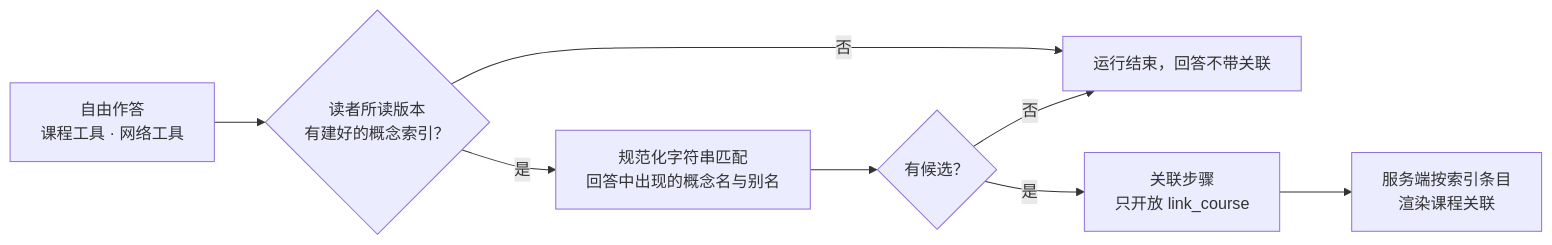
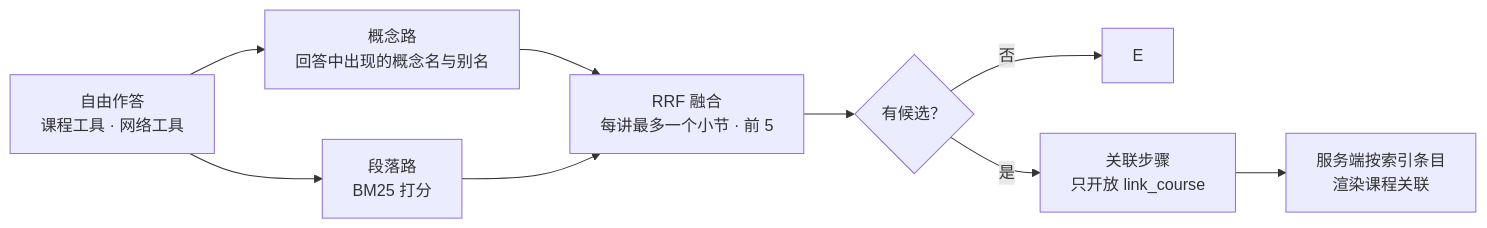
Before and after one commit to Bank5y/Keine: the fifth of 28 diagrams in docs/tech/Keine_explore_harness_v1.md, drawn with Mermaid. The commit also changed other lines of this file and 15 other files, not shown here.

````diff
--- a/docs/tech/Keine_explore_harness_v1.md
+++ b/docs/tech/Keine_explore_harness_v1.md
@@ -228,10 +228,10 @@
 ```mermaid
 flowchart LR
-  A["自由作答<br/>课程工具 · 网络工具"] --> B{"读者所读版本<br/>有建好的概念索引？"}
-  B -- 否 --> E["运行结束，回答不带关联"]
-  B -- 是 --> C["规范化字符串匹配<br/>回答中出现的概念名与别名"]
+  A["自由作答<br/>课程工具 · 网络工具"] --> C1["概念路<br/>回答中出现的概念名与别名"]
+  A --> C2["段落路<br/>BM25 打分"]
+  C1 & C2 --> C["RRF 融合<br/>每讲最多一个小节 · 前 5"]
   C --> D{"有候选？"}
   D -- 否 --> E
   D -- 是 --> F["关联步骤<br/>只开放 link_course"]
   F --> G["服务端按索引条目<br/>渲染课程关联"]
 ```
````
